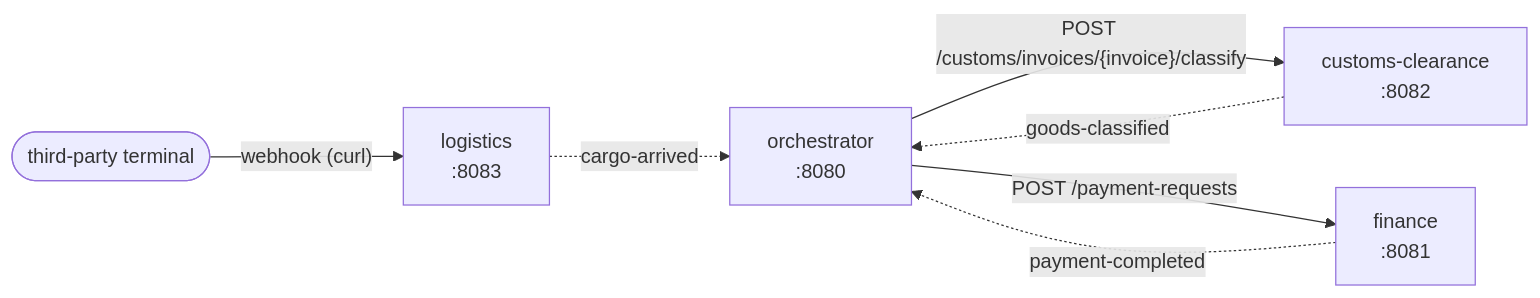
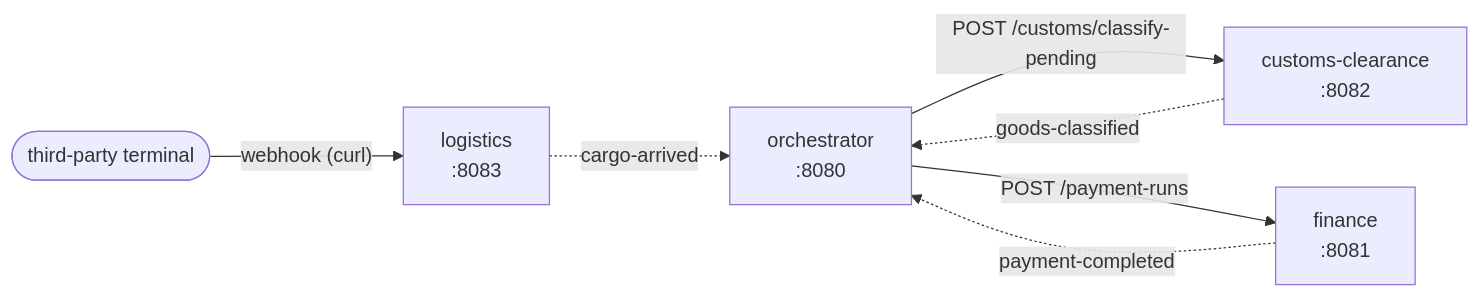
One commit to Batchuka/demo-event-driven changed the diagram in README.md. Above: the diagram before and after it, drawn with Mermaid. The commit also changed other lines of this file and 29 other files, not shown here.

````diff
--- a/README.md
+++ b/README.md
@@ -6,17 +8,17 @@
 ```mermaid
 flowchart LR
     terminal(["third-party terminal"])
     logistics["logistics<br/>:8083"]
     orchestrator["orchestrator<br/>:8080"]
     customs["customs-clearance<br/>:8082"]
     finance["finance<br/>:8081"]
 
     terminal -- "webhook (curl)" --> logistics
 
     logistics -.->|"cargo-arrived"| orchestrator
     finance -.->|"payment-completed"| orchestrator
     customs -.->|"goods-classified"| orchestrator
 
-    orchestrator -->|"POST /customs/invoices/{invoice}/classify"| customs
-    orchestrator -->|"POST /payment-requests"| finance
+    orchestrator -->|"POST /customs/classify-pending"| customs
+    orchestrator -->|"POST /payment-runs"| finance
 ```
````
